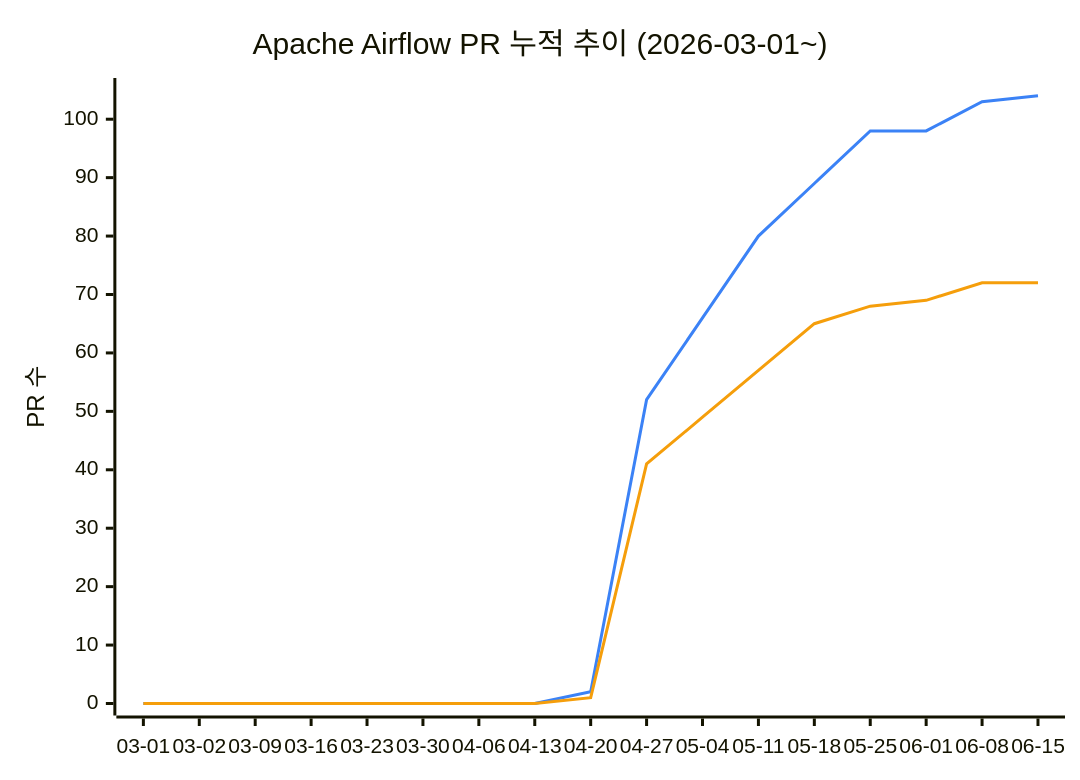
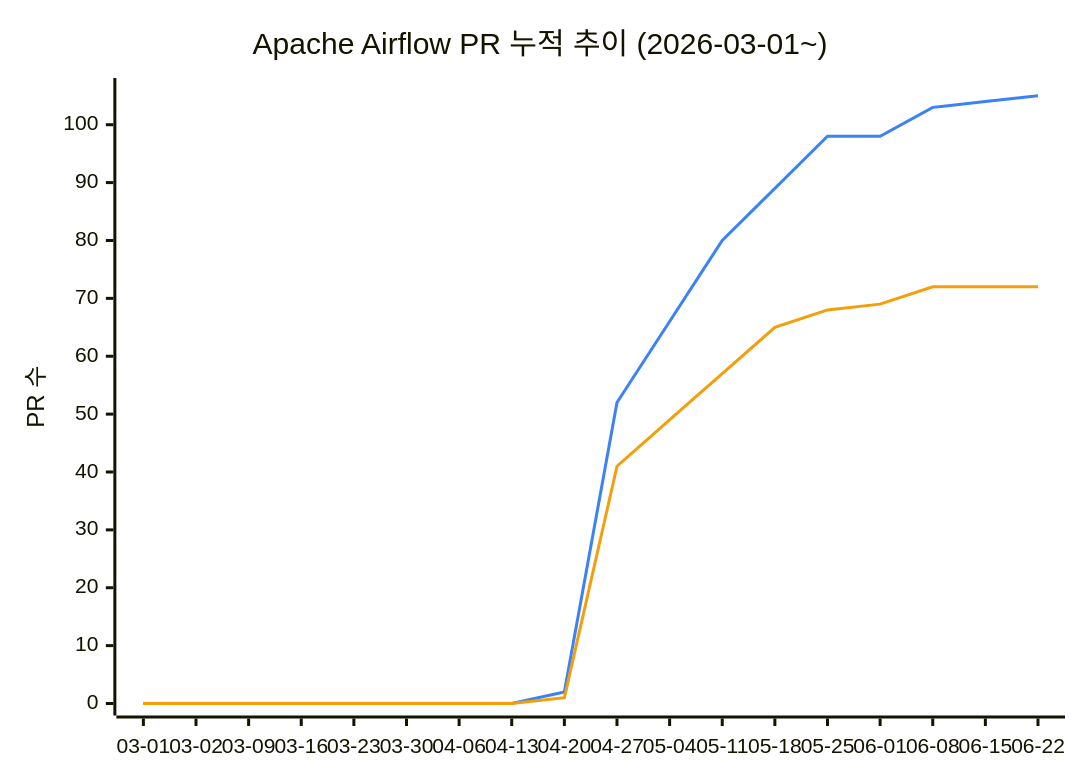
One commit to AirflowKorea/ossca changed the diagram in README.md. Above: the diagram before and after it, drawn with Mermaid. The commit also changed other lines of this file, not shown here.

Commit message:
chore: update PR stats (2026-06-22 22:51 UTC)

````diff
--- a/README.md
+++ b/README.md
@@ -11,9 +11,9 @@
 ```mermaid
 %%{init: {"themeVariables": {"xyChart": {"plotColorPalette": "#3b82f6, #f59e0b"}}}}%%
 xychart-beta
     title "Apache Airflow PR 누적 추이 (2026-03-01~)"
-    x-axis ["03-01", "03-02", "03-09", "03-16", "03-23", "03-30", "04-06", "04-13", "04-20", "04-27", "05-04", "05-11", "05-18", "05-25", "06-01", "06-08", "06-15"]
-    y-axis "PR 수" 0 --> 105
-    line [0, 0, 0, 0, 0, 0, 0, 0, 2, 52, 66, 80, 89, 98, 98, 103, 104]
-    line [0, 0, 0, 0, 0, 0, 0, 0, 1, 41, 49, 57, 65, 68, 69, 72, 72]
+    x-axis ["03-01", "03-02", "03-09", "03-16", "03-23", "03-30", "04-06", "04-13", "04-20", "04-27", "05-04", "05-11", "05-18", "05-25", "06-01", "06-08", "06-15", "06-22"]
+    y-axis "PR 수" 0 --> 106
+    line [0, 0, 0, 0, 0, 0, 0, 0, 2, 52, 66, 80, 89, 98, 98, 103, 104, 105]
+    line [0, 0, 0, 0, 0, 0, 0, 0, 1, 41, 49, 57, 65, 68, 69, 72, 72, 72]
 ```
````
